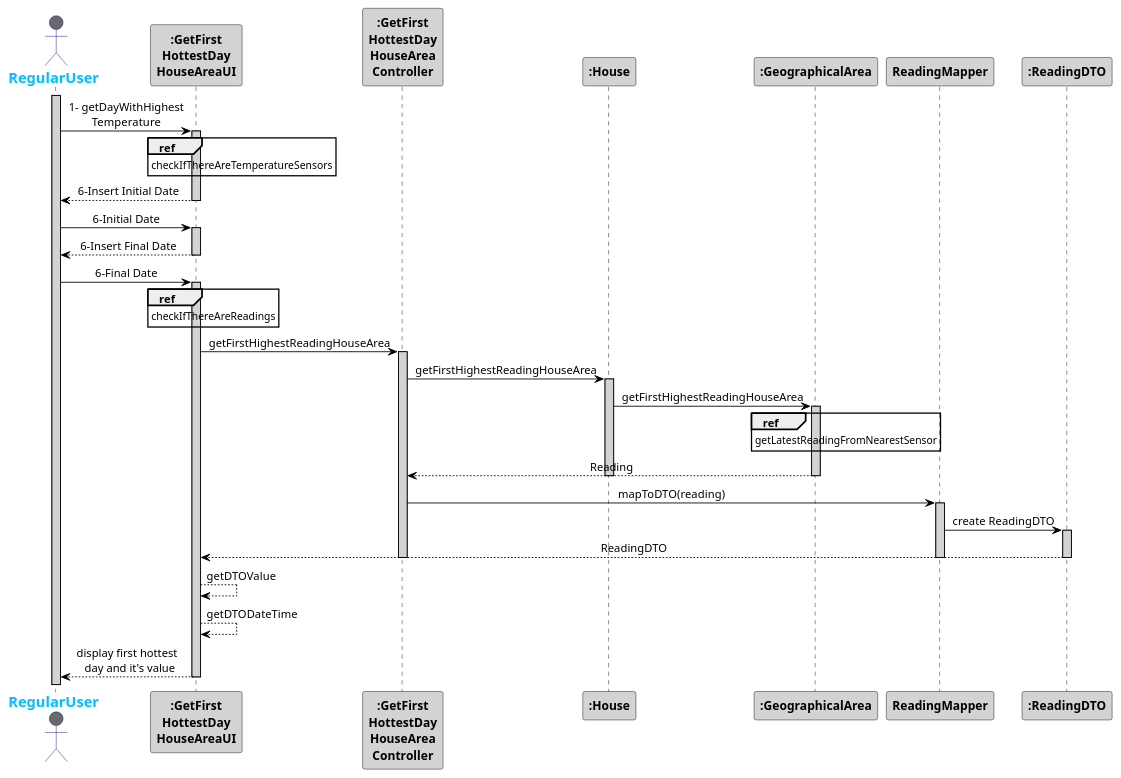
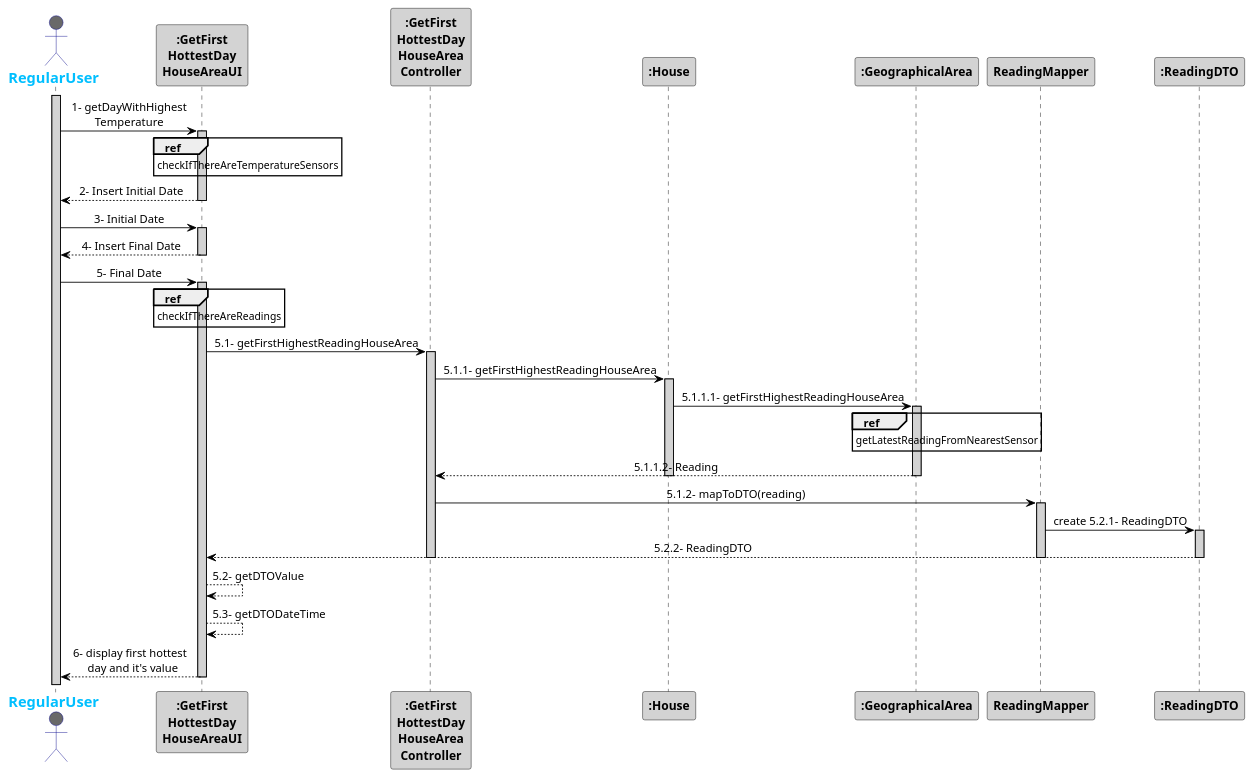
The diagram in src/main/java/pt/ipp/isep/dei/project/controllers/getFirstHottestDayHouseAreaController/SD_SequenceDiagramModel.puml (1181687/hateoasToy), drawn with PlantUML before and after one commit. The commit also changed 3 other files, not shown here.

Commit message:
Small changes on sequence diagrams of US631.

```diff
--- a/src/main/java/pt/ipp/isep/dei/project/controllers/getFirstHottestDayHouseAreaController/SD_SequenceDiagramModel.puml
+++ b/src/main/java/pt/ipp/isep/dei/project/controllers/getFirstHottestDayHouseAreaController/SD_SequenceDiagramModel.puml
@@ -1,71 +1,71 @@
 @startuml
 skinparam sequenceMessageAlign center
 skinparam sequence {
     ArrowColor Black
     ActorBorderColor DarkBlue
     LifeLineBorderColor black
     LifeLineBackgroundColor LightGrey
 
     ParticipantBorderColor Black
     ParticipantBackgroundColor LightGrey
     ParticipantFontStyle Bold
 
     ActorBackgroundColor DimGrey
     ActorFontColor DeepSkyBlue
     ActorFontStyle Bold
     ActorFontSize 17
     ActorFontName Aapex
 }
 
 actor RegularUser
 activate RegularUser
 RegularUser -> ":GetFirst\nHottestDay\nHouseAreaUI": 1- getDayWithHighest\nTemperature
 ref over ":GetFirst\nHottestDay\nHouseAreaUI"
 checkIfThereAreTemperatureSensors
 end
 activate ":GetFirst\nHottestDay\nHouseAreaUI"
 
 
 
-":GetFirst\nHottestDay\nHouseAreaUI" --> "RegularUser": 6-Insert Initial Date
+":GetFirst\nHottestDay\nHouseAreaUI" --> "RegularUser": 2- Insert Initial Date
 deactivate ":GetFirst\nHottestDay\nHouseAreaUI"
-":GetFirst\nHottestDay\nHouseAreaUI" <- "RegularUser": 6-Initial Date
+":GetFirst\nHottestDay\nHouseAreaUI" <- "RegularUser": 3- Initial Date
 activate ":GetFirst\nHottestDay\nHouseAreaUI"
-":GetFirst\nHottestDay\nHouseAreaUI" --> "RegularUser": 6-Insert Final Date
+":GetFirst\nHottestDay\nHouseAreaUI" --> "RegularUser": 4- Insert Final Date
 deactivate ":GetFirst\nHottestDay\nHouseAreaUI"
-":GetFirst\nHottestDay\nHouseAreaUI" <- "RegularUser": 6-Final Date
+":GetFirst\nHottestDay\nHouseAreaUI" <- "RegularUser": 5- Final Date
 activate ":GetFirst\nHottestDay\nHouseAreaUI"
 ref over ":GetFirst\nHottestDay\nHouseAreaUI"
 checkIfThereAreReadings
 end
-":GetFirst\nHottestDay\nHouseAreaUI" -> ":GetFirst\nHottestDay\nHouseArea\nController": getFirstHighestReadingHouseArea
+":GetFirst\nHottestDay\nHouseAreaUI" -> ":GetFirst\nHottestDay\nHouseArea\nController": 5.1- getFirstHighestReadingHouseArea
 activate ":GetFirst\nHottestDay\nHouseArea\nController"
-":GetFirst\nHottestDay\nHouseArea\nController" -> ":House": getFirstHighestReadingHouseArea
+":GetFirst\nHottestDay\nHouseArea\nController" -> ":House": 5.1.1- getFirstHighestReadingHouseArea
 activate ":House"
-":House" ->":GeographicalArea": getFirstHighestReadingHouseArea
+":House" ->":GeographicalArea": 5.1.1.1- getFirstHighestReadingHouseArea
 activate ":GeographicalArea"
 ref over ":GeographicalArea"
 getLatestReadingFromNearestSensor
 end
 
-":GeographicalArea" --> ":GetFirst\nHottestDay\nHouseArea\nController" :Reading
+":GeographicalArea" --> ":GetFirst\nHottestDay\nHouseArea\nController" :5.1.1.2- Reading
 deactivate ":GeographicalArea"
 deactivate ":House"
-":GetFirst\nHottestDay\nHouseArea\nController" ->"ReadingMapper": mapToDTO(reading)
+":GetFirst\nHottestDay\nHouseArea\nController" ->"ReadingMapper": 5.1.2- mapToDTO(reading)
 activate "ReadingMapper"
-"ReadingMapper" -> ":ReadingDTO": create ReadingDTO
+"ReadingMapper" -> ":ReadingDTO": create 5.2.1- ReadingDTO
 activate ":ReadingDTO"
-":ReadingDTO" --> ":GetFirst\nHottestDay\nHouseAreaUI": ReadingDTO
+":ReadingDTO" --> ":GetFirst\nHottestDay\nHouseAreaUI": 5.2.2- ReadingDTO
 deactivate ":ReadingDTO"
 
 deactivate "ReadingMapper"
 deactivate ":GetFirst\nHottestDay\nHouseArea\nController"
 
 
-":GetFirst\nHottestDay\nHouseAreaUI" --> ":GetFirst\nHottestDay\nHouseAreaUI" : getDTOValue
-":GetFirst\nHottestDay\nHouseAreaUI" --> ":GetFirst\nHottestDay\nHouseAreaUI" : getDTODateTime
+":GetFirst\nHottestDay\nHouseAreaUI" --> ":GetFirst\nHottestDay\nHouseAreaUI" : 5.2- getDTOValue
+":GetFirst\nHottestDay\nHouseAreaUI" --> ":GetFirst\nHottestDay\nHouseAreaUI" : 5.3- getDTODateTime
 
-":GetFirst\nHottestDay\nHouseAreaUI" --> RegularUser : display first hottest \n day and it's value
+":GetFirst\nHottestDay\nHouseAreaUI" --> RegularUser : 6- display first hottest \n day and it's value
 deactivate ":GetFirst\nHottestDay\nHouseAreaUI"
 
 @enduml
```
